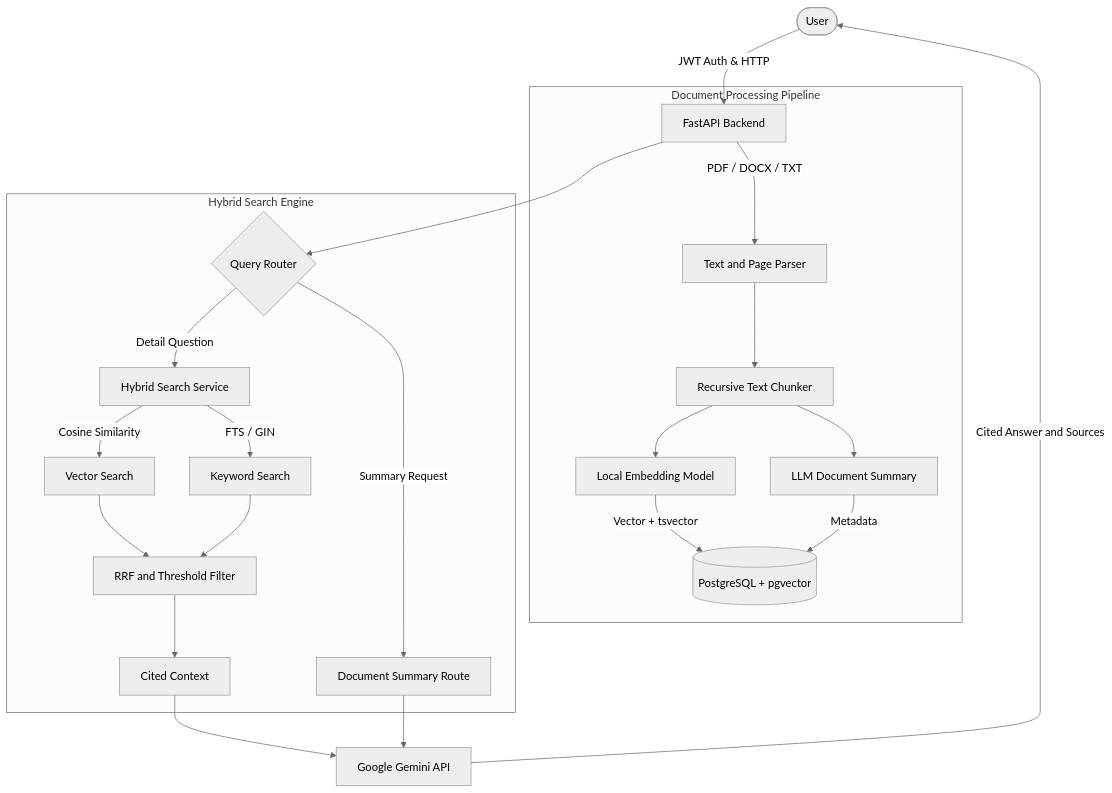
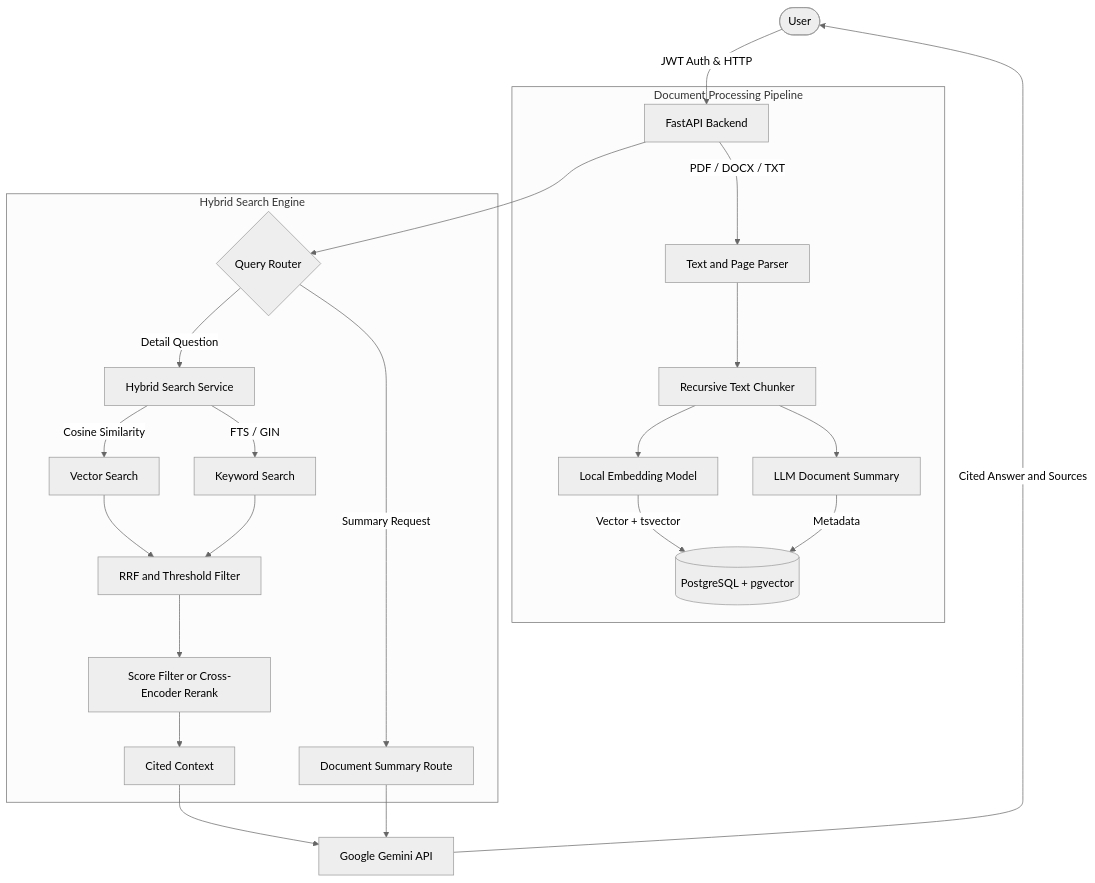
One commit to akdenizenes/rag-document-assistant changed the diagram in README.md. Above: the diagram before and after it, drawn with Mermaid (neutral theme). The commit also changed other lines of this file, not shown here.

````diff
--- a/README.md
+++ b/README.md
@@ -94,27 +114,28 @@
 ```mermaid
 flowchart TD
     User([User]) -->|JWT Auth & HTTP| API[FastAPI Backend]
 
     subgraph Ingestion [Document Processing Pipeline]
         API -->|PDF / DOCX / TXT| Parser[Text and Page Parser]
         Parser --> Chunker[Recursive Text Chunker]
         Chunker --> Embedder[Local Embedding Model]
         Chunker --> DocSummary[LLM Document Summary]
         Embedder -->|Vector + tsvector| DB[(PostgreSQL + pgvector)]
         DocSummary -->|Metadata| DB
     end
 
     subgraph Retrieval [Hybrid Search Engine]
         API --> Router{Query Router}
         Router -->|Detail Question| Hybrid[Hybrid Search Service]
         Router -->|Summary Request| SummaryRoute[Document Summary Route]
 
         Hybrid -->|Cosine Similarity| VecSearch[Vector Search]
         Hybrid -->|FTS / GIN| FTSSearch[Keyword Search]
         VecSearch & FTSSearch --> RRF[RRF and Threshold Filter]
-        RRF --> Context[Cited Context]
+        RRF --> Rerank["Score Filter or Cross-Encoder Rerank"]
+        Rerank --> Context[Cited Context]
     end
 
     Context & SummaryRoute --> LLM[Google Gemini API]
     LLM -->|Cited Answer and Sources| User
 ```
````
